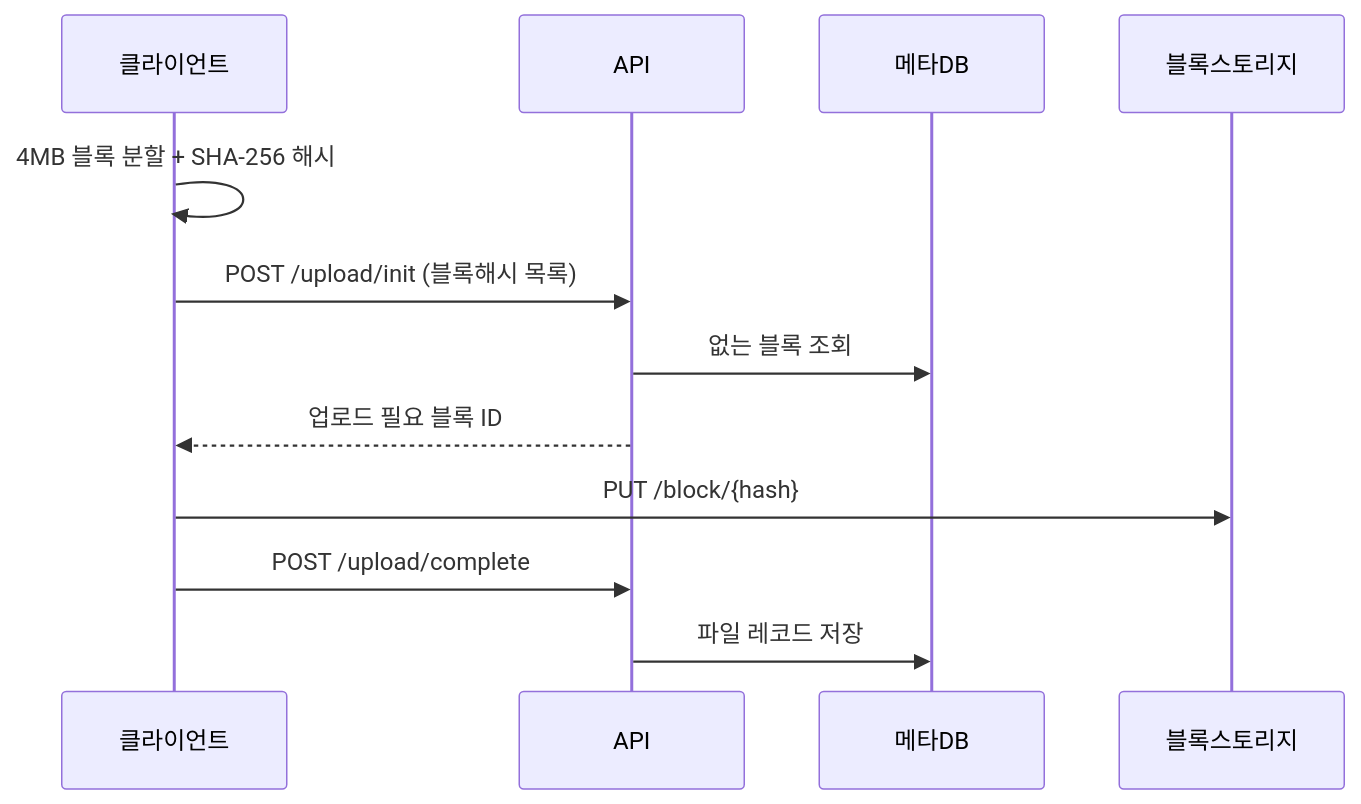
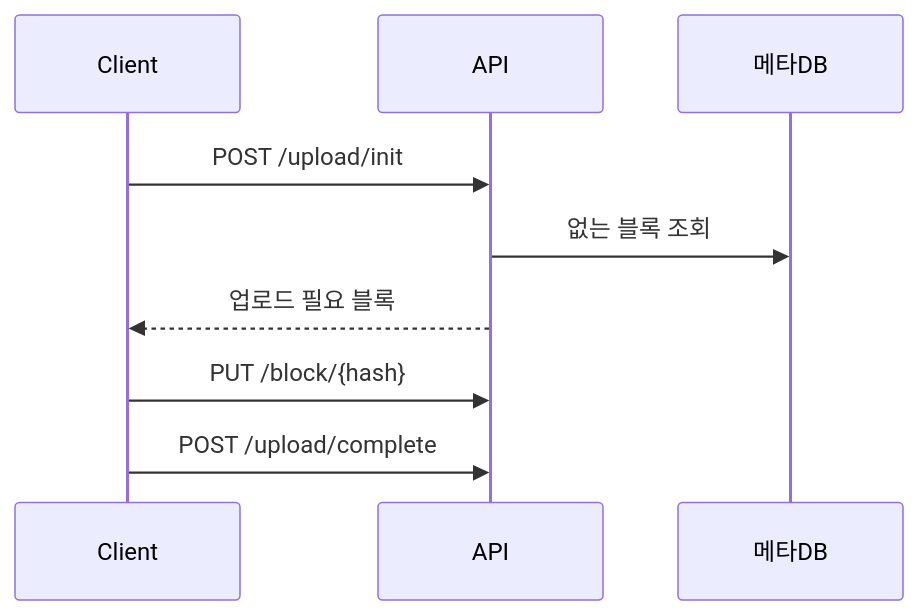
Before and after one commit to yjkim2015/yjkim2015.github.io: the second of 8 diagrams in _posts/systemdesign/2026-05-03-system-design-file-storage.md, drawn with Mermaid. The commit also changed other lines of this file and 155 other files, not shown here.

First line of the commit message:
Mermaid 전면 수정: subgraph 제거, participant/노드/줄수 축소 (342블록)

````diff
--- a/_posts/systemdesign/2026-05-03-system-design-file-storage.md
+++ b/_posts/systemdesign/2026-05-03-system-design-file-storage.md
@@ -113,14 +113,11 @@
 ```mermaid
 sequenceDiagram
-    participant C as 클라이언트
+    participant C as Client
     participant API
     participant META as 메타DB
-    participant BLOCK as 블록스토리지
-    C->>C: 4MB 블록 분할 + SHA-256 해시
-    C->>API: POST /upload/init (블록해시 목록)
+    C->>API: POST /upload/init
     API->>META: 없는 블록 조회
-    API-->>C: 업로드 필요 블록 ID
-    C->>BLOCK: PUT /block/{hash}
+    API-->>C: 업로드 필요 블록
+    C->>API: PUT /block/{hash}
     C->>API: POST /upload/complete
-    API->>META: 파일 레코드 저장
 ```
````
